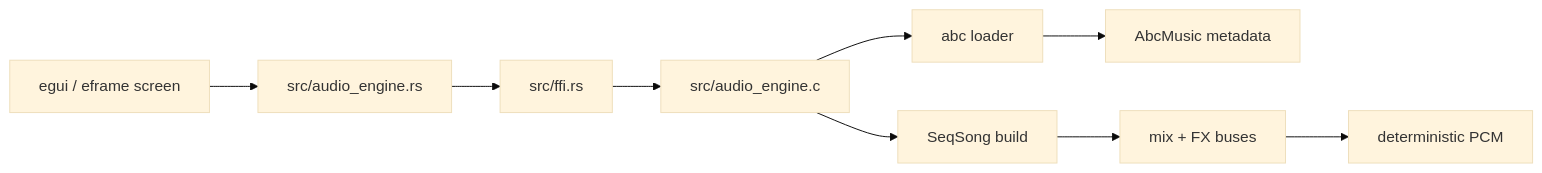
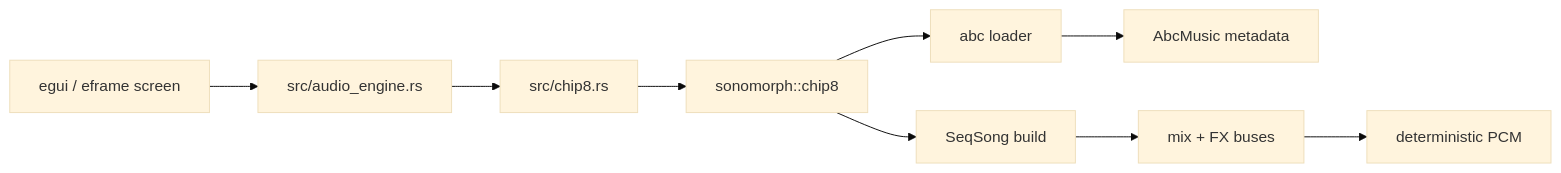
One commit to chussenot/electric-pulse changed the diagram in docs/gui-runtime.md. Above: the diagram before and after it, drawn with Mermaid (base theme). The commit also changed other lines of this file and 11 other files, not shown here.

First line of the commit message:
docs: ADR-0004, the engine moves to Sonomorph

````diff
--- a/docs/gui-runtime.md
+++ b/docs/gui-runtime.md
@@ -7,11 +7,11 @@
 ```mermaid
 flowchart LR
     GUI[egui / eframe screen] --> WRAPPER[src/audio_engine.rs]
-    WRAPPER --> FFI[src/ffi.rs]
-    FFI --> ENGINE[src/audio_engine.c]
+    WRAPPER --> CHIP8[src/chip8.rs]
+    CHIP8 --> ENGINE[sonomorph::chip8]
     ENGINE --> ABC[abc loader]
     ABC --> MUSIC[AbcMusic metadata]
     ENGINE --> SONG[SeqSong build]
     SONG --> MIXER[mix + FX buses]
     MIXER --> PCM[deterministic PCM]
 ```
````
